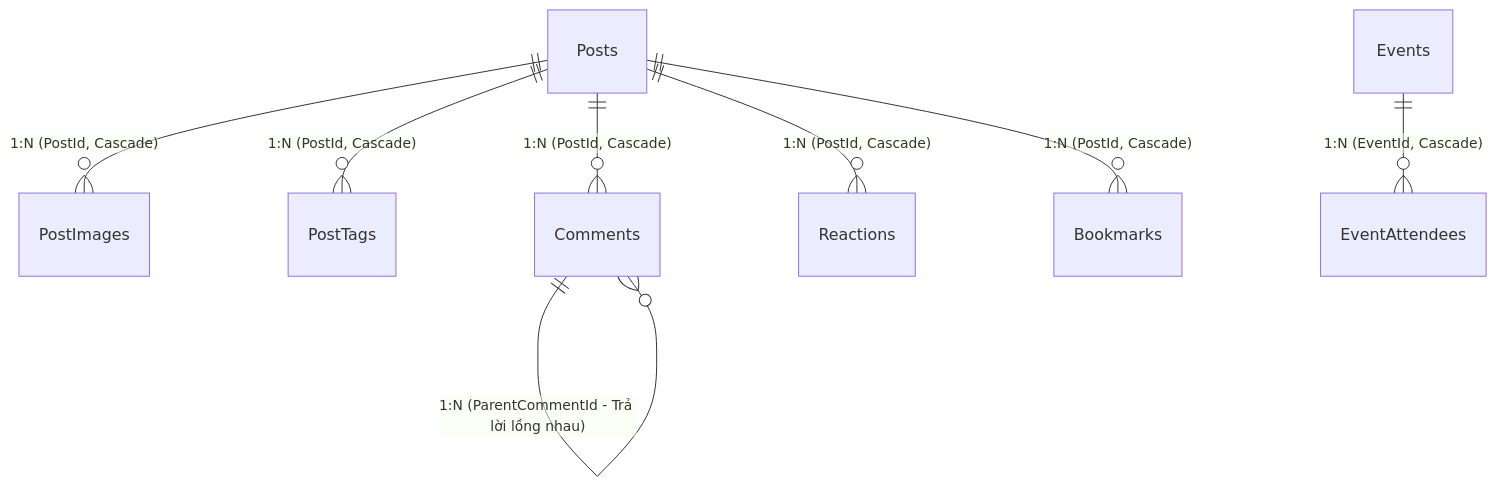
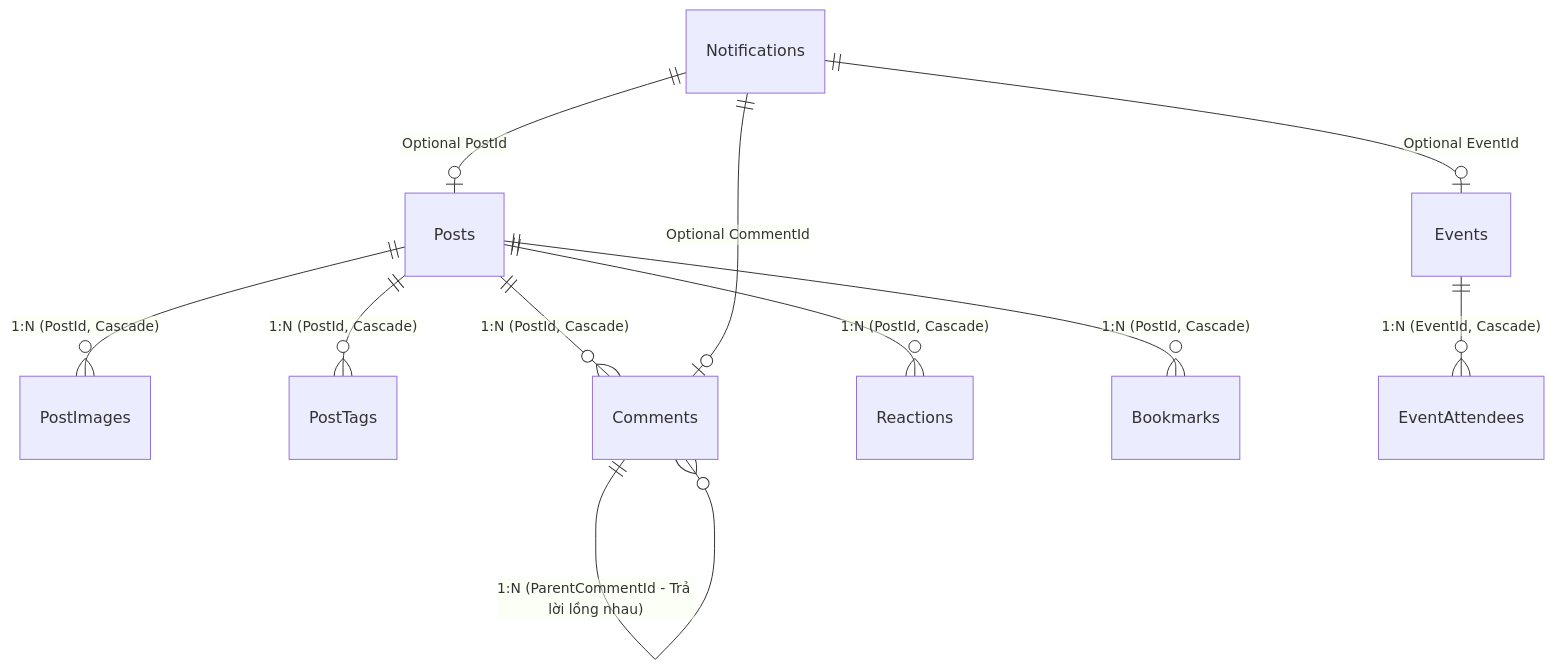
Before and after one commit to F-Alumni/f-alumni-connect: the diagram in F-Alumni-Forum-Service/README.md, drawn with Mermaid. The commit also changed other lines of this file and 72 other files, not shown here.

````diff
--- a/F-Alumni-Forum-Service/README.md
+++ b/F-Alumni-Forum-Service/README.md
@@ -15,10 +15,13 @@
 ```mermaid
 erDiagram
     Posts ||--o{ PostImages : "1:N (PostId, Cascade)"
     Posts ||--o{ PostTags : "1:N (PostId, Cascade)"
     Posts ||--o{ Comments : "1:N (PostId, Cascade)"
     Posts ||--o{ Reactions : "1:N (PostId, Cascade)"
     Posts ||--o{ Bookmarks : "1:N (PostId, Cascade)"
     Comments ||--o{ Comments : "1:N (ParentCommentId - Trả lời lồng nhau)"
     Events ||--o{ EventAttendees : "1:N (EventId, Cascade)"
+    Notifications ||--o| Posts : "Optional PostId"
+    Notifications ||--o| Comments : "Optional CommentId"
+    Notifications ||--o| Events : "Optional EventId"
 ```
````
